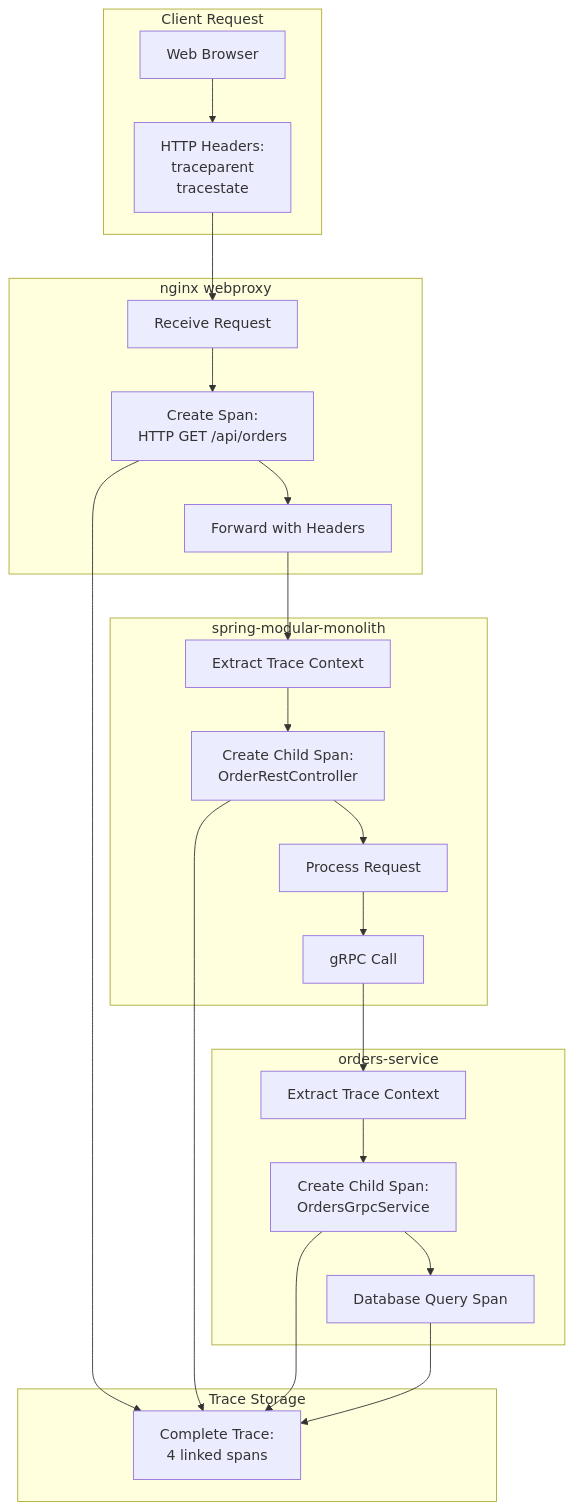
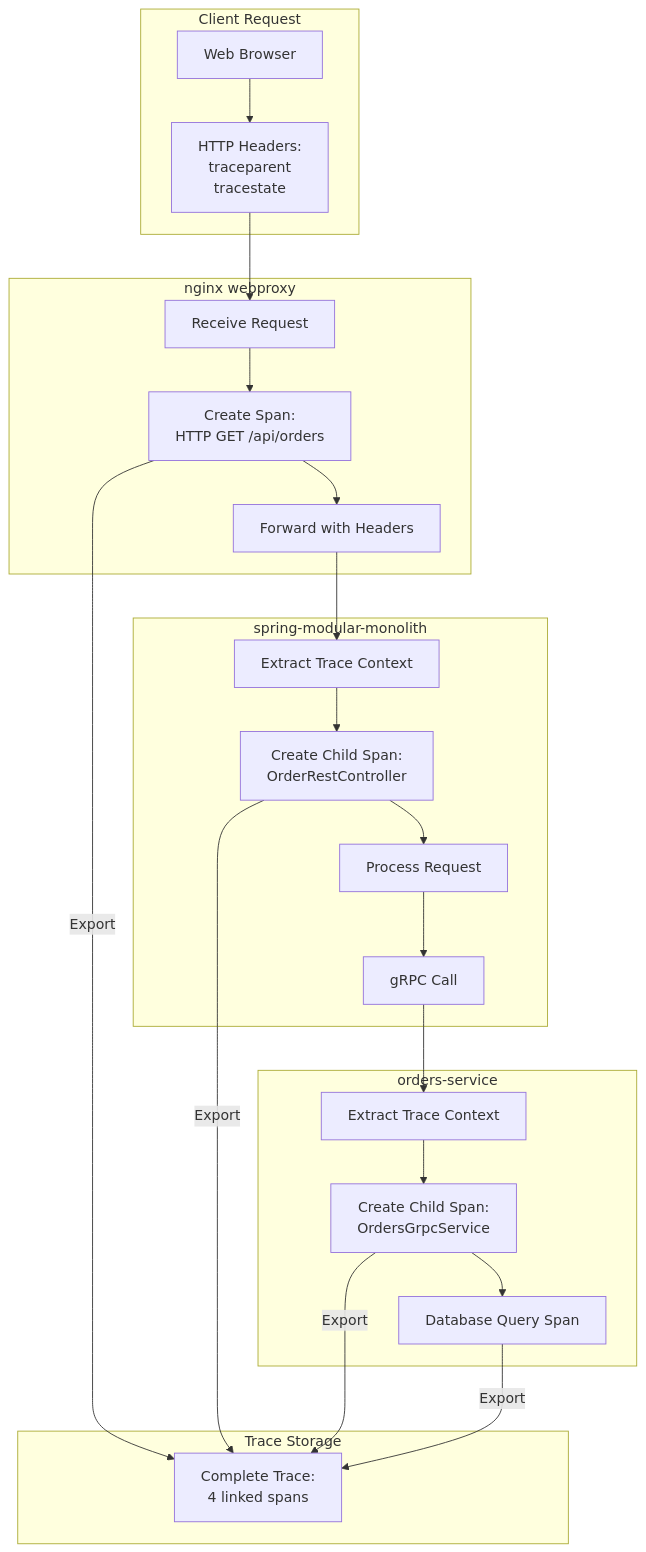
The fourth of 6 diagrams in docs/deepwiki/Distributed-Tracing-with-HyperDX.md (philipz/spring-modular-monolith), drawn with Mermaid before and after one commit. The commit also changed other lines of this file and 55 other files, not shown here.

````diff
--- a/docs/deepwiki/Distributed-Tracing-with-HyperDX.md
+++ b/docs/deepwiki/Distributed-Tracing-with-HyperDX.md
@@ -320,61 +320,61 @@
 ```mermaid
 flowchart TD
 
 Browser["Web Browser"]
 Headers1["HTTP Headers:<br>traceparent<br>tracestate"]
 NginxRecv["Receive Request"]
 NginxSpan["Create Span:<br>HTTP GET /api/orders"]
 NginxForward["Forward with Headers"]
 MonoRecv["Extract Trace Context"]
 MonoSpan["Create Child Span:<br>OrderRestController"]
 MonoProcess["Process Request"]
 MonoGrpcCall["gRPC Call"]
 OrdersRecv["Extract Trace Context"]
 OrdersSpan["Create Child Span:<br>OrdersGrpcService"]
 OrdersDB["Database Query Span"]
 HyperDXTrace["Complete Trace:<br>4 linked spans"]
 
 Headers1 --> NginxRecv
 NginxForward --> MonoRecv
 MonoGrpcCall --> OrdersRecv
-NginxSpan --> HyperDXTrace
-MonoSpan --> HyperDXTrace
-OrdersSpan --> HyperDXTrace
-OrdersDB --> HyperDXTrace
+NginxSpan -->|"Export"| HyperDXTrace
+MonoSpan -->|"Export"| HyperDXTrace
+OrdersSpan -->|"Export"| HyperDXTrace
+OrdersDB -->|"Export"| HyperDXTrace
 
 subgraph subGraph4 ["Trace Storage"]
     HyperDXTrace
 end
 
 subgraph orders-service ["orders-service"]
     OrdersRecv
     OrdersSpan
     OrdersDB
     OrdersRecv --> OrdersSpan
     OrdersSpan --> OrdersDB
 end
 
 subgraph spring-modular-monolith ["spring-modular-monolith"]
     MonoRecv
     MonoSpan
     MonoProcess
     MonoGrpcCall
     MonoRecv --> MonoSpan
     MonoSpan --> MonoProcess
     MonoProcess --> MonoGrpcCall
 end
 
 subgraph subGraph1 ["nginx webproxy"]
     NginxRecv
     NginxSpan
     NginxForward
     NginxRecv --> NginxSpan
     NginxSpan --> NginxForward
 end
 
 subgraph subGraph0 ["Client Request"]
     Browser
     Headers1
     Browser --> Headers1
 end
 ```
````
